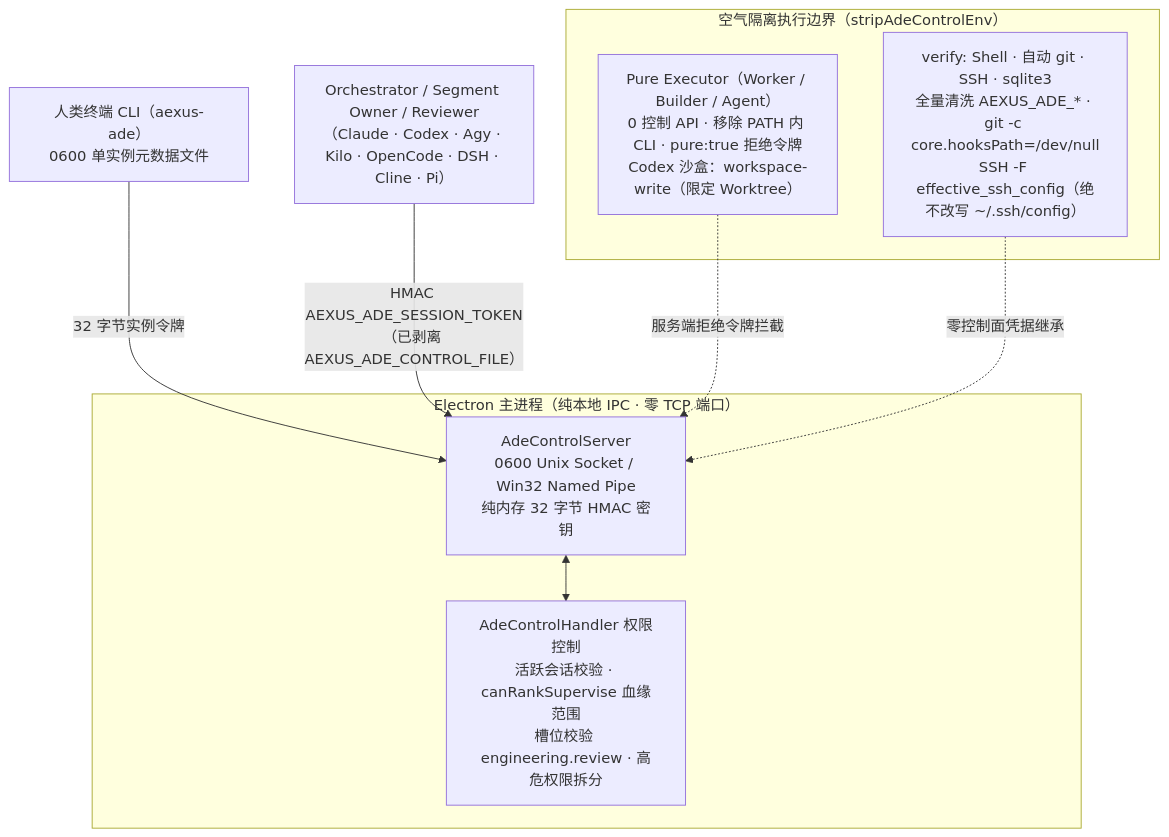
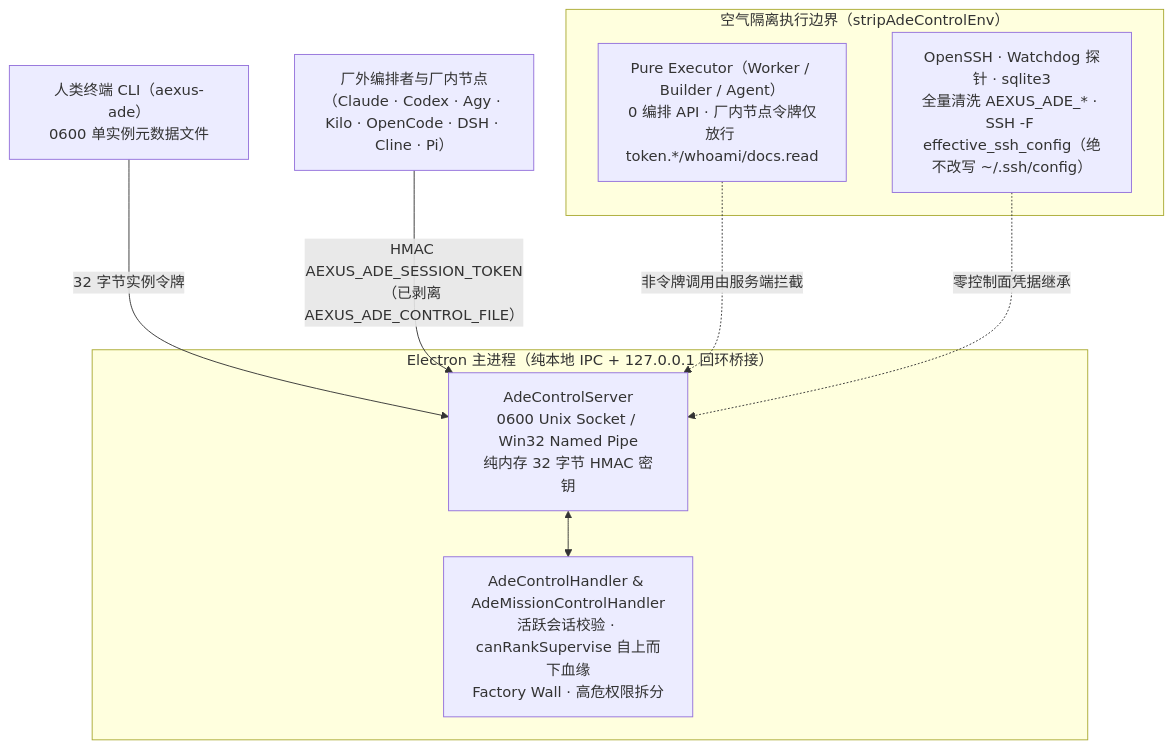
Before and after one commit to Daijunfan/Aexus-Code: the second of 2 diagrams in docs/README.zh-CN.md, drawn with Mermaid. The commit also changed other lines of this file and 108 other files, not shown here.

````diff
--- a/docs/README.zh-CN.md
+++ b/docs/README.zh-CN.md
@@ -81,19 +78,19 @@
 ```mermaid
 flowchart TB
-    subgraph Main["Electron 主进程（纯本地 IPC · 零 TCP 端口）"]
+    subgraph Main["Electron 主进程（纯本地 IPC + 127.0.0.1 回环桥接）"]
         CS["AdeControlServer<br/>0600 Unix Socket / Win32 Named Pipe<br/>纯内存 32 字节 HMAC 密钥"]
-        RBAC["AdeControlHandler 权限控制<br/>活跃会话校验 · canRankSupervise 血缘范围<br/>槽位校验 engineering.review · 高危权限拆分"]
+        RBAC["AdeControlHandler &amp; AdeMissionControlHandler<br/>活跃会话校验 · canRankSupervise 自上而下血缘<br/>Factory Wall · 高危权限拆分"]
         CS <--> RBAC
     end
 
     HUMAN["人类终端 CLI（aexus-ade）<br/>0600 单实例元数据文件"] -->|"32 字节实例令牌"| CS
-    ORCH_REV["Orchestrator / Segment Owner / Reviewer<br/>（Claude · Codex · Agy · Kilo · OpenCode · DSH · Cline · Pi）"] -->|"HMAC AEXUS_ADE_SESSION_TOKEN<br/>（已剥离 AEXUS_ADE_CONTROL_FILE）"| CS
+    ORCH["厂外编排者与厂内节点<br/>（Claude · Codex · Agy · Kilo · OpenCode · DSH · Cline · Pi）"] -->|"HMAC AEXUS_ADE_SESSION_TOKEN<br/>（已剥离 AEXUS_ADE_CONTROL_FILE）"| CS
 
     subgraph Airgap["空气隔离执行边界（stripAdeControlEnv）"]
-        PURE["Pure Executor（Worker / Builder / Agent）<br/>0 控制 API · 移除 PATH 内 CLI · pure:true 拒绝令牌<br/>Codex 沙盒：workspace-write（限定 Worktree）"]
-        SUB["verify: Shell · 自动 git · SSH · sqlite3<br/>全量清洗 AEXUS_ADE_* · git -c core.hooksPath=/dev/null<br/>SSH -F effective_ssh_config（绝不改写 ~/.ssh/config）"]
+        PURE["Pure Executor（Worker / Builder / Agent）<br/>0 编排 API · 厂内节点令牌仅放行 token.*/whoami/docs.read"]
+        SUB["OpenSSH · Watchdog 探针 · sqlite3<br/>全量清洗 AEXUS_ADE_* · SSH -F effective_ssh_config（绝不改写 ~/.ssh/config）"]
     end
 
-    PURE -.->|"服务端拒绝令牌拦截"| CS
+    PURE -.->|"非令牌调用由服务端拦截"| CS
     SUB -.->|"零控制面凭据继承"| CS
 ```
````
